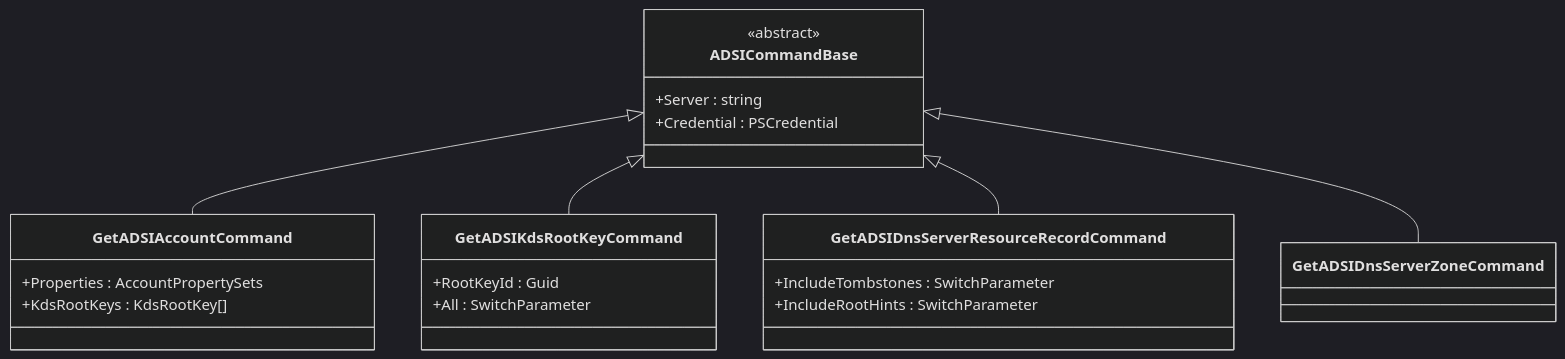
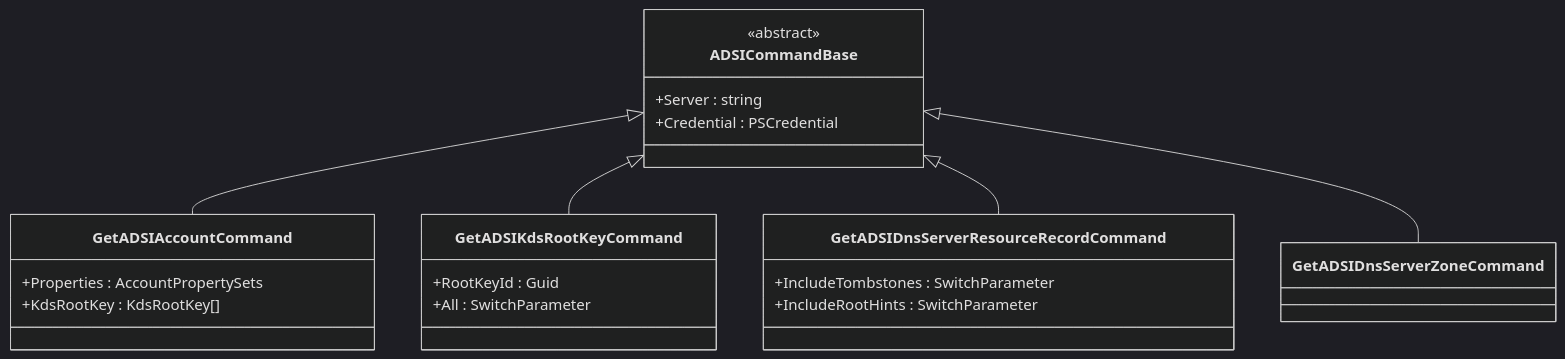
Before and after one commit to MichaelGrafnetter/DSInternals: the fifth of 8 diagrams in Src/DSInternals.PowerShell/Commands/README.md, drawn with Mermaid (dark theme). The commit also changed 145 other files, not shown here.

````diff
--- a/Src/DSInternals.PowerShell/Commands/README.md
+++ b/Src/DSInternals.PowerShell/Commands/README.md
@@ -281,26 +281,26 @@
 ```mermaid
 classDiagram
     direction TB
     class ADSICommandBase {
         <<abstract>>
         +Server : string
         +Credential : PSCredential
     }
     class GetADSIAccountCommand {
         +Properties : AccountPropertySets
-        +KdsRootKeys : KdsRootKey[]
+        +KdsRootKey : KdsRootKey[]
     }
     class GetADSIKdsRootKeyCommand {
         +RootKeyId : Guid
         +All : SwitchParameter
     }
     class GetADSIDnsServerResourceRecordCommand {
         +IncludeTombstones : SwitchParameter
         +IncludeRootHints : SwitchParameter
     }
     class GetADSIDnsServerZoneCommand
     ADSICommandBase <|-- GetADSIAccountCommand
     ADSICommandBase <|-- GetADSIKdsRootKeyCommand
     ADSICommandBase <|-- GetADSIDnsServerResourceRecordCommand
     ADSICommandBase <|-- GetADSIDnsServerZoneCommand
 ```
````
